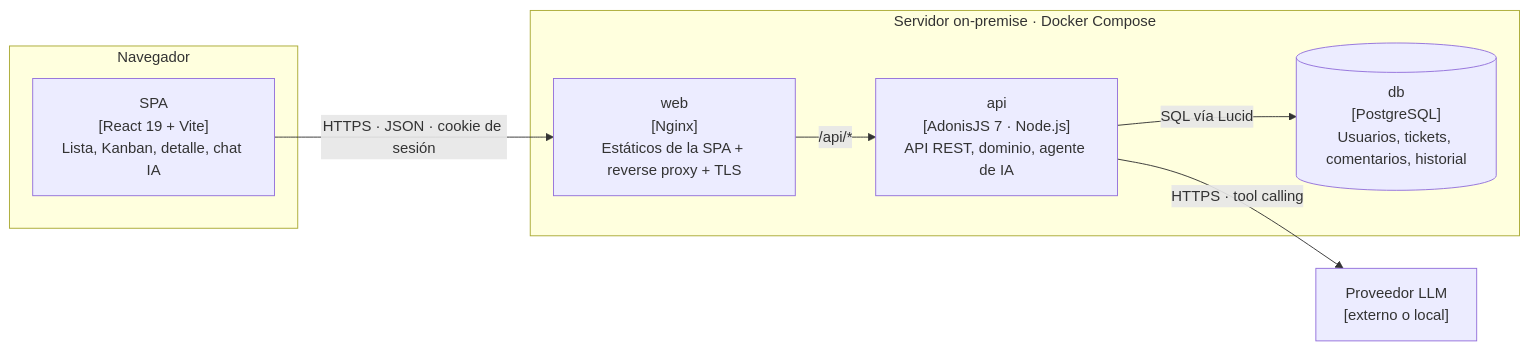
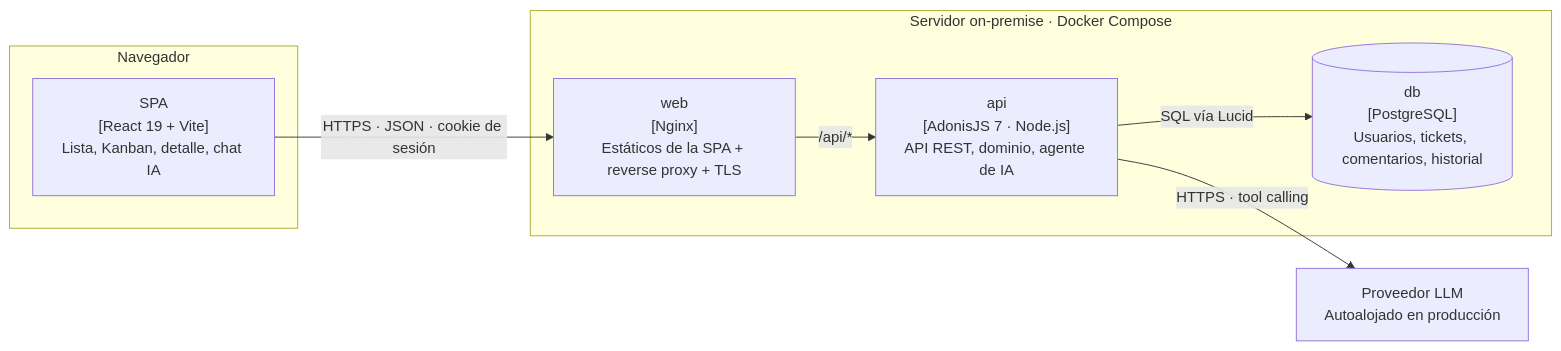
Before and after one commit to pedrolaralara/AI4Devs-finalproject: the second of 11 diagrams in ARQUITECTURA.md, drawn with Mermaid. The commit also changed other lines of this file and 5 other files, not shown here.

````diff
--- a/ARQUITECTURA.md
+++ b/ARQUITECTURA.md
@@ -92,19 +92,19 @@
 ```mermaid
 flowchart LR
     subgraph Cliente["Navegador"]
         SPA["SPA<br/>[React 19 + Vite]<br/>Lista, Kanban, detalle, chat IA"]
     end
 
     subgraph OnPrem["Servidor on-premise · Docker Compose"]
         Proxy["web<br/>[Nginx]<br/>Estáticos de la SPA + reverse proxy + TLS"]
         API["api<br/>[AdonisJS 7 · Node.js]<br/>API REST, dominio, agente de IA"]
         DB[("db<br/>[PostgreSQL]<br/>Usuarios, tickets, comentarios, historial")]
     end
 
-    LLM["Proveedor LLM<br/>[externo o local]"]
+    LLM["Proveedor LLM<br/>Autoalojado en producción"]
 
     SPA -- "HTTPS · JSON · cookie de sesión" --> Proxy
     Proxy -- "/api/*" --> API
     API -- "SQL vía Lucid" --> DB
     API -- "HTTPS · tool calling" --> LLM
 ```
````
